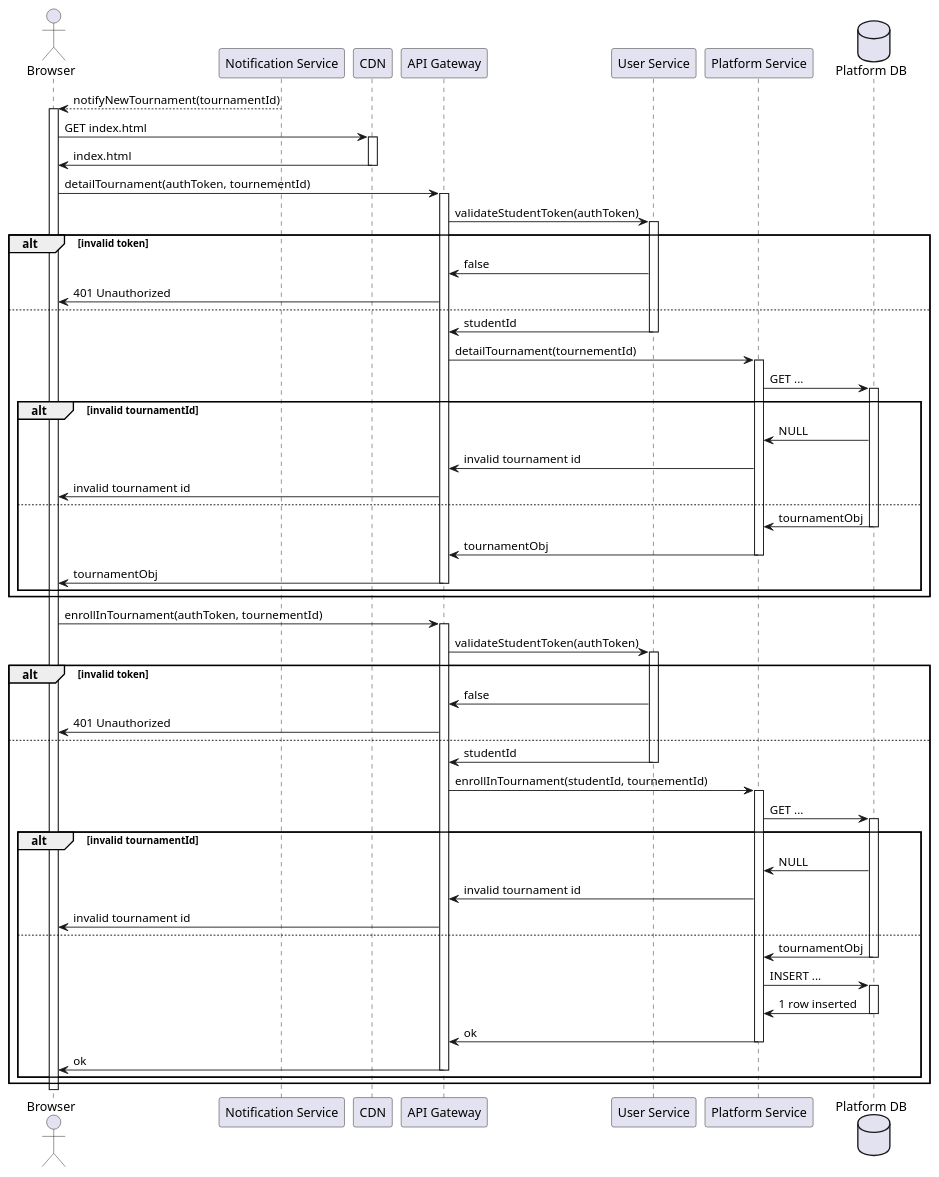
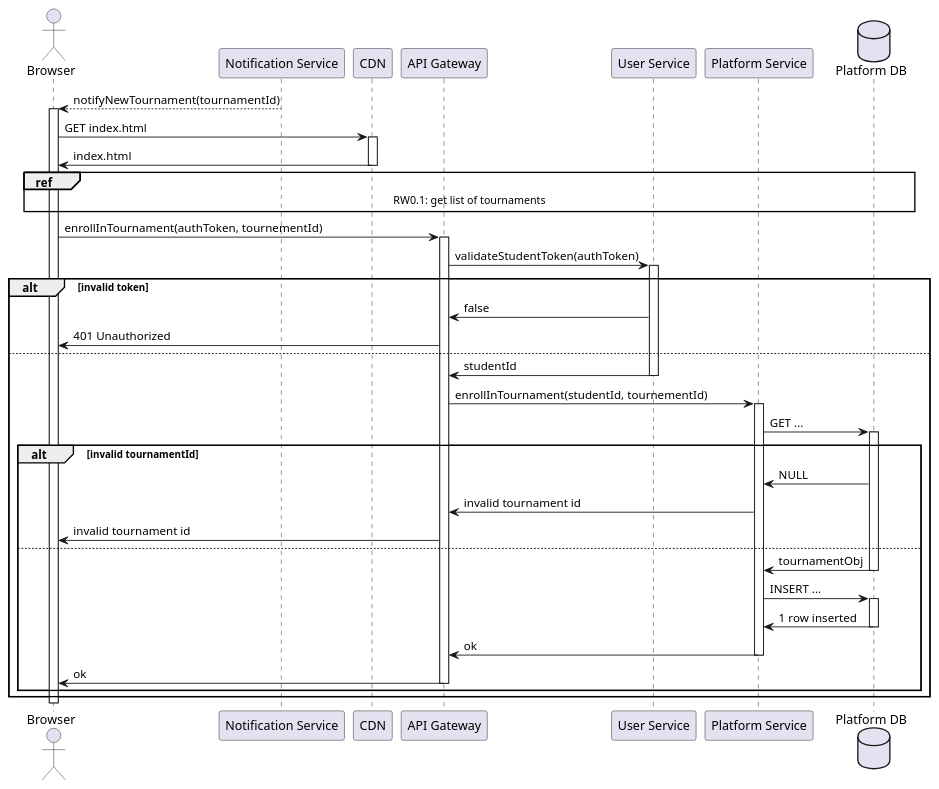
Before and after one commit to Furrrlo/CodeKataBattle: the diagram in dd/puml/rw4.puml, drawn with PlantUML. The commit also changed 7 other files, not shown here.

Commit message:
Extract common seq diagram

```diff
--- a/dd/puml/rw4.puml
+++ b/dd/puml/rw4.puml
@@ -1,63 +1,42 @@
 @startuml RW4 - Student joins to an existing Tournament by receiving a notification
 
 actor Browser
 participant "Notification Service" as notifs
 participant CDN
 participant "API Gateway" as gateway
 participant "User Service" as auth
 participant "Platform Service" as platform
 database "Platform DB" as platformDb
 
 notifs --> Browser ++ : notifyNewTournament(tournamentId)
 Browser -> CDN ++ : GET index.html
 Browser <- CDN -- : index.html
 
-Browser -> gateway ++ : detailTournament(authToken, tournementId)
-
-gateway -> auth ++ : validateStudentToken(authToken)
-alt invalid token
-    gateway <- auth : false
-    Browser <- gateway : 401 Unauthorized
-else
-    gateway <- auth -- : studentId
-    gateway -> platform ++ : detailTournament(tournementId)
-    
-    platform -> platformDb ++ : GET ...
-
-    alt invalid tournamentId
-        platform <- platformDb : NULL
-        gateway <- platform : invalid tournament id
-        Browser <- gateway : invalid tournament id
-    else
-        platform <- platformDb -- : tournamentObj
-        gateway <- platform -- : tournamentObj
-        Browser <- gateway -- : tournamentObj
-    end
-end
+ref over Browser, gateway, auth, platform, platformDb: RW0.1: get list of tournaments
 
 Browser -> gateway ++ : enrollInTournament(authToken, tournementId)
 gateway -> auth ++ : validateStudentToken(authToken)
 alt invalid token
     gateway <- auth : false
     Browser <- gateway : 401 Unauthorized
 else
     gateway <- auth -- : studentId
     gateway -> platform ++ : enrollInTournament(studentId, tournementId)
     
     platform -> platformDb ++ : GET ...
     alt invalid tournamentId
         platform <- platformDb : NULL
         gateway <- platform : invalid tournament id
         Browser <- gateway : invalid tournament id
     else
         platform <- platformDb -- : tournamentObj
         platform -> platformDb ++ : INSERT ...
         platform <- platformDb -- : 1 row inserted
         gateway <- platform -- : ok
         Browser <- gateway -- : ok
     end
 end
 
 deactivate Browser
 
 @enduml
```
